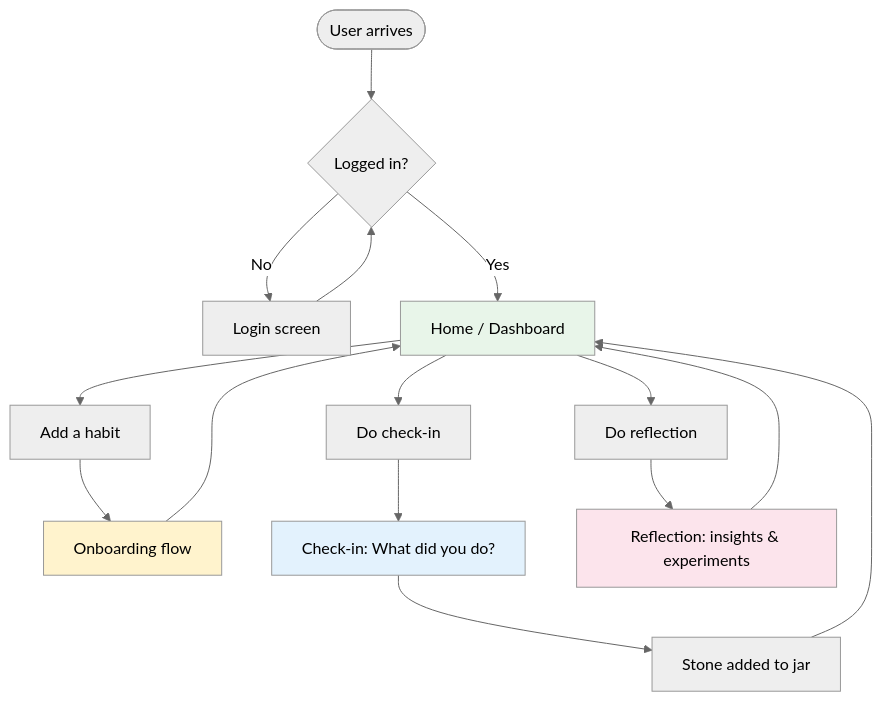
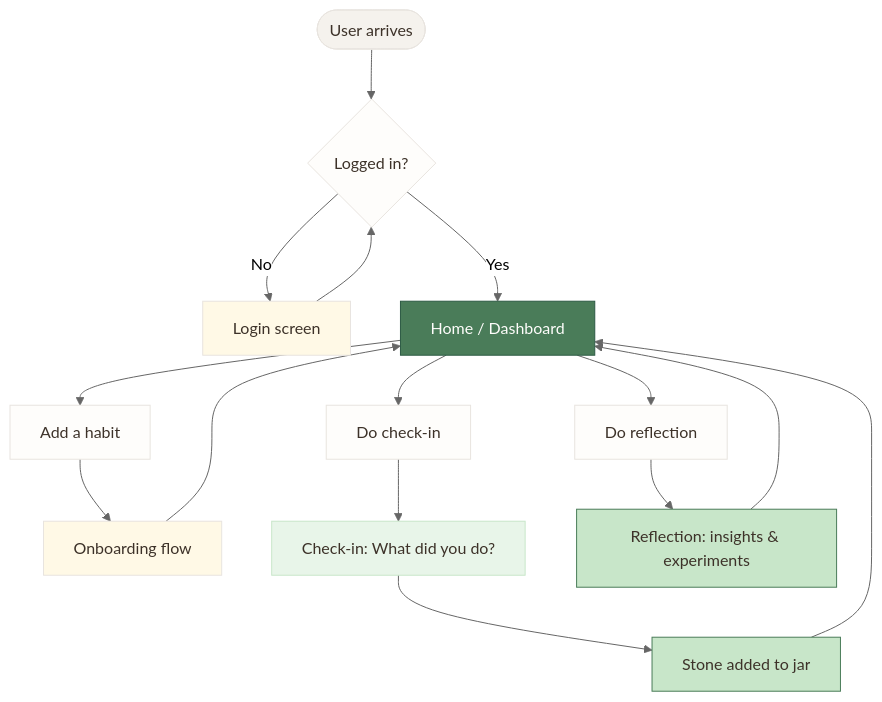
One commit to girisheduru/chlapp changed the second of 3 diagrams in docs/product-overview-diagram.md. Above: the diagram before and after it, drawn with Mermaid (neutral theme). The commit also changed other lines of this file, not shown here.

Commit message:
update the diagram style

````diff
--- a/docs/product-overview-diagram.md
+++ b/docs/product-overview-diagram.md
@@ -47,25 +56,32 @@
 ```mermaid
 flowchart TB
   Start([User arrives]) --> Login{Logged in?}
   Login -->|No| LoginScreen[Login screen]
   LoginScreen --> Login
   Login -->|Yes| Home[Home / Dashboard]
 
   Home --> AddHabit[Add a habit]
   AddHabit --> Onboarding[Onboarding flow]
   Onboarding --> Home
 
   Home --> CheckIn[Do check-in]
   CheckIn --> CheckInScreen[Check-in: What did you do?]
   CheckInScreen --> StoneAdded[Stone added to jar]
   StoneAdded --> Home
 
   Home --> Reflect[Do reflection]
   Reflect --> ReflectionScreen[Reflection: insights & experiments]
   ReflectionScreen --> Home
 
-  style Home fill:#e8f5e9
-  style Onboarding fill:#fff3cd
-  style CheckInScreen fill:#e3f2fd
-  style ReflectionScreen fill:#fce4ec
+  style Start fill:#F5F2ED,stroke:#E8E4DF,color:#3D3229
+  style Login fill:#FEFDFB,stroke:#E8E4DF,color:#3D3229
+  style LoginScreen fill:#FFF9E6,stroke:#E8E4DF,color:#3D3229
+  style Home fill:#4A7C59,stroke:#2D5A45,color:#FEFDFB
+  style AddHabit fill:#FEFDFB,stroke:#E8E4DF,color:#3D3229
+  style Onboarding fill:#FFF9E6,stroke:#E8E4DF,color:#3D3229
+  style CheckIn fill:#FEFDFB,stroke:#E8E4DF,color:#3D3229
+  style CheckInScreen fill:#E8F5E9,stroke:#C8E6C9,color:#3D3229
+  style StoneAdded fill:#C8E6C9,stroke:#4A7C59,color:#3D3229
+  style Reflect fill:#FEFDFB,stroke:#E8E4DF,color:#3D3229
+  style ReflectionScreen fill:#C8E6C9,stroke:#4A7C59,color:#3D3229
 ```
````
